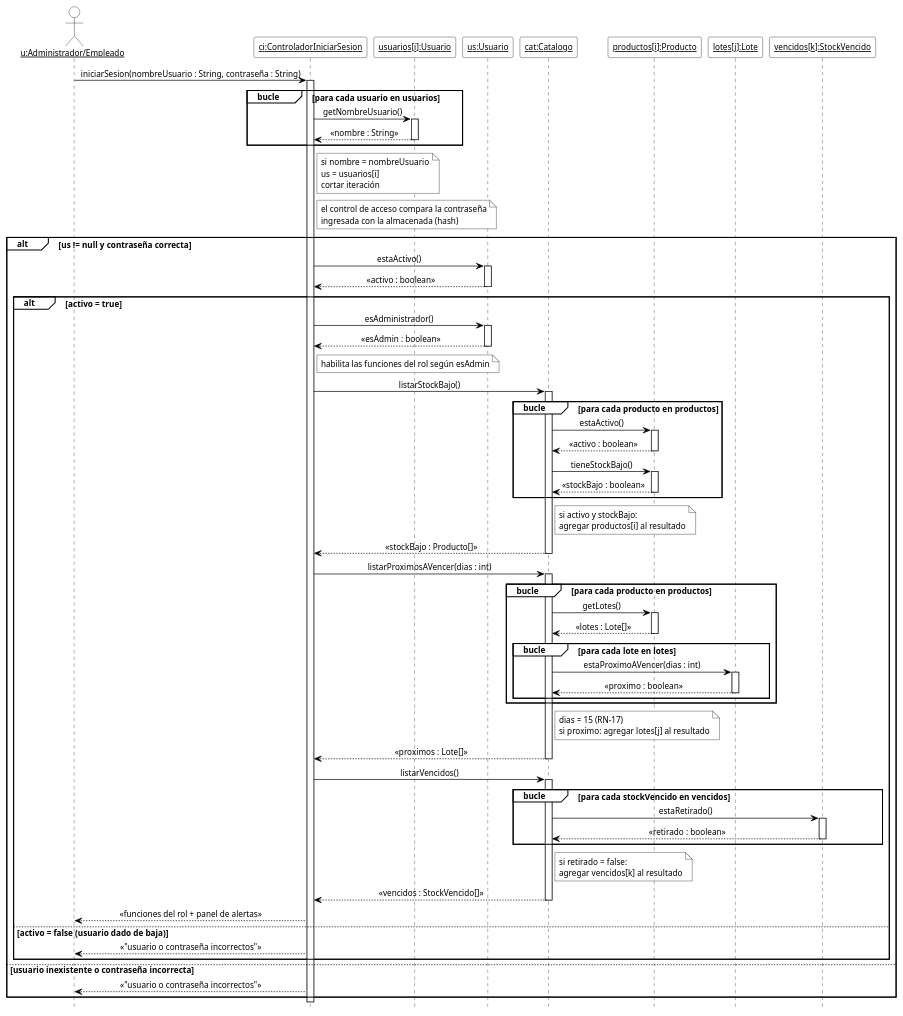
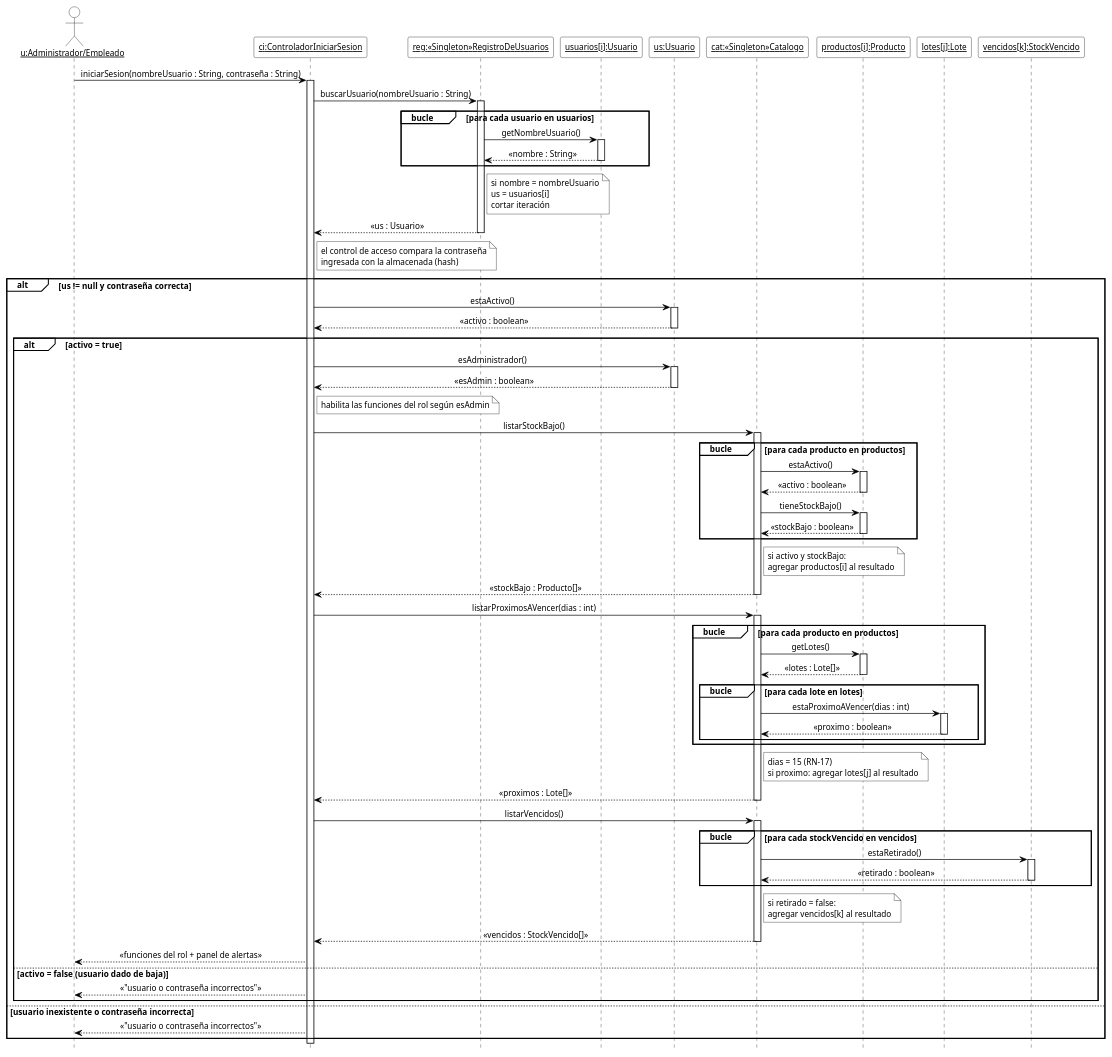
One commit to cirotop/Stock-Project changed the first of 17 diagrams in 08-Diagrama De Secuencia/Diagramas_de_Secuencia.md. Above: the diagram before and after it, drawn with PlantUML. The commit also changed other lines of this file and 36 other files, not shown here.

```diff
--- a/08-Diagrama De Secuencia/Diagramas_de_Secuencia.md
+++ b/08-Diagrama De Secuencia/Diagramas_de_Secuencia.md
@@ -48,6 +48,8 @@
 skinparam ArrowColor black
 skinparam ParticipantBackgroundColor white
 skinparam ParticipantBorderColor black
+skinparam CollectionsBackgroundColor white
+skinparam CollectionsBorderColor black
 skinparam ActorBackgroundColor white
 skinparam ActorBorderColor black
 skinparam LifeLineBorderColor black
@@ -60,23 +62,26 @@
 
 actor "<u>u:Administrador/Empleado</u>" as u
 participant "<u>ci:ControladorIniciarSesion</u>" as ci
+participant "<u>reg:«Singleton»RegistroDeUsuarios</u>" as reg
 participant "<u>usuarios[i]:Usuario</u>" as ui
 participant "<u>us:Usuario</u>" as us
-participant "<u>cat:Catalogo</u>" as cat
+participant "<u>cat:«Singleton»Catalogo</u>" as cat
 participant "<u>productos[i]:Producto</u>" as pi
 participant "<u>lotes[j]:Lote</u>" as li
 participant "<u>vencidos[k]:StockVencido</u>" as vi
 
 u -> ci ++ : iniciarSesion(nombreUsuario : String, contraseña : String)
+ci -> reg ++ : buscarUsuario(nombreUsuario : String)
 group bucle [para cada usuario en usuarios]
-  ci -> ui ++ : getNombreUsuario()
-  ui --> ci -- : «nombre : String»
+  reg -> ui ++ : getNombreUsuario()
+  ui --> reg -- : «nombre : String»
 end
-note right of ci
+note right of reg
   si nombre = nombreUsuario
   us = usuarios[i]
   cortar iteración
 end note
+reg --> ci -- : «us : Usuario»
 note right of ci : el control de acceso compara la contraseña\ningresada con la almacenada (hash)
 alt us != null y contraseña correcta
   ci -> us ++ : estaActivo()
```
